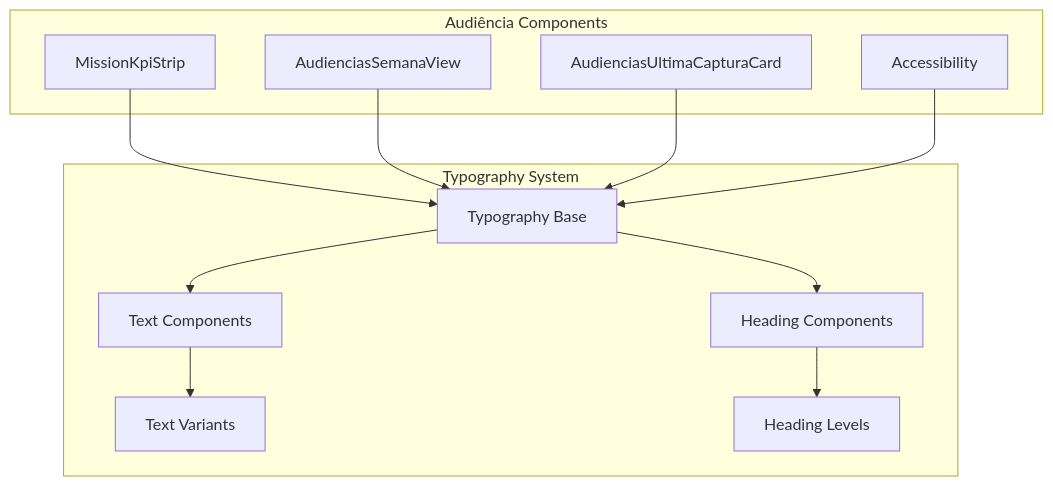
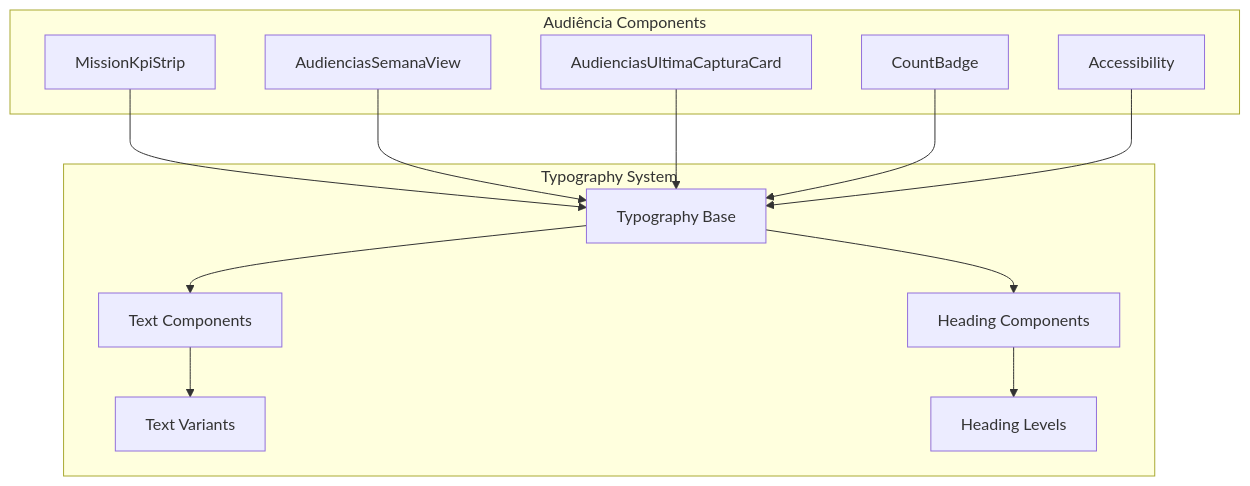
One commit to SinesysTech/zattar-os changed diagram 12 of 20 in .qoder/repowiki/en/content/Audiência Management.md. Above: the diagram before and after it, drawn with Mermaid. The commit also changed other lines of this file and 4 other files, not shown here.

````diff
--- a/.qoder/repowiki/en/content/Audiência Management.md
+++ b/.qoder/repowiki/en/content/Audiência Management.md
@@ -580,24 +638,26 @@
 ```mermaid
 graph TB
 subgraph "Typography System"
 TS[Typography Base]
 H[Heading Components]
 T[Text Components]
 TV[Text Variants]
 HL[Heading Levels]
 end
 subgraph "Audiência Components"
 MK[MissionKpiStrip]
 ASV[AudienciasSemanaView]
 AC[AudienciasUltimaCapturaCard]
+AB[CountBadge]
 AK[Accessibility]
 end
 TS --> H
 TS --> T
 T --> TV
 H --> HL
 MK --> TS
 ASV --> TS
 AC --> TS
+AB --> TS
 AK --> TS
 ```
````
